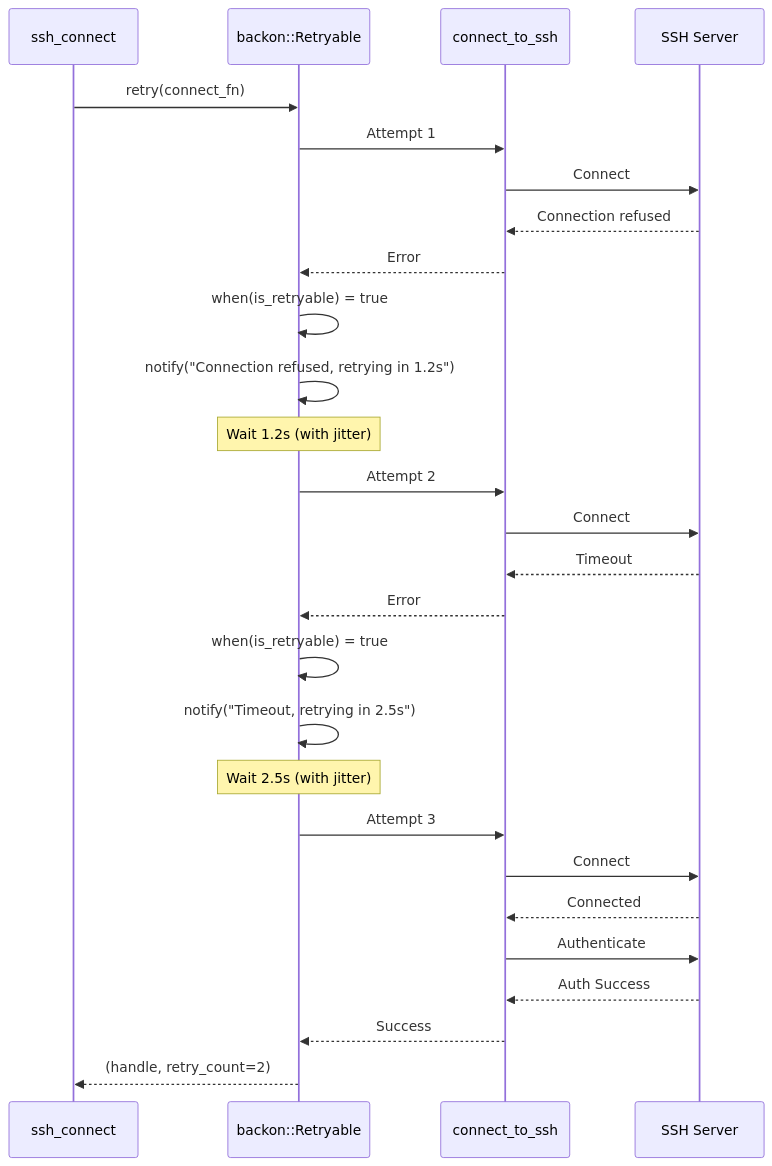
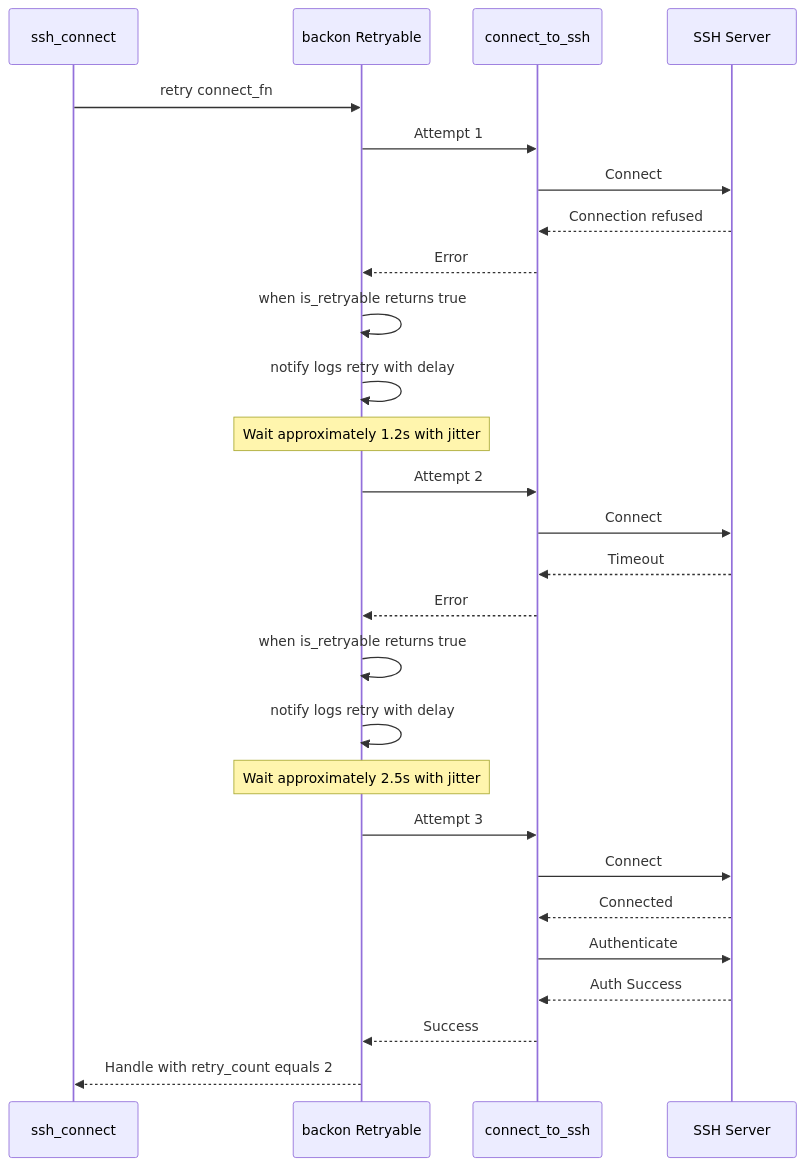
Before and after one commit to farchanjo/ssh-mcp: diagram 14 of 14 in docs/FLOWS.md, drawn with Mermaid. The commit also changed other lines of this file, not shown here.

First line of the commit message:
docs(flows): update sequence diagrams for russh refactor

````diff
--- a/docs/FLOWS.md
+++ b/docs/FLOWS.md
@@ -528,36 +654,36 @@
 ```mermaid
 sequenceDiagram
     participant Client as ssh_connect
-    participant Backon as backon::Retryable
+    participant Backon as backon Retryable
     participant SSH as connect_to_ssh
     participant Server as SSH Server
 
-    Client->>Backon: retry(connect_fn)
+    Client->>Backon: retry connect_fn
 
     Backon->>SSH: Attempt 1
     SSH->>Server: Connect
     Server-->>SSH: Connection refused
     SSH-->>Backon: Error
 
-    Backon->>Backon: when(is_retryable) = true
-    Backon->>Backon: notify("Connection refused, retrying in 1.2s")
-    Note over Backon: Wait 1.2s (with jitter)
+    Backon->>Backon: when is_retryable returns true
+    Backon->>Backon: notify logs retry with delay
+    Note over Backon: Wait approximately 1.2s with jitter
 
     Backon->>SSH: Attempt 2
     SSH->>Server: Connect
     Server-->>SSH: Timeout
     SSH-->>Backon: Error
 
-    Backon->>Backon: when(is_retryable) = true
-    Backon->>Backon: notify("Timeout, retrying in 2.5s")
-    Note over Backon: Wait 2.5s (with jitter)
+    Backon->>Backon: when is_retryable returns true
+    Backon->>Backon: notify logs retry with delay
+    Note over Backon: Wait approximately 2.5s with jitter
 
     Backon->>SSH: Attempt 3
     SSH->>Server: Connect
     Server-->>SSH: Connected
     SSH->>Server: Authenticate
     Server-->>SSH: Auth Success
     SSH-->>Backon: Success
 
-    Backon-->>Client: (handle, retry_count=2)
+    Backon-->>Client: Handle with retry_count equals 2
 ```
````
